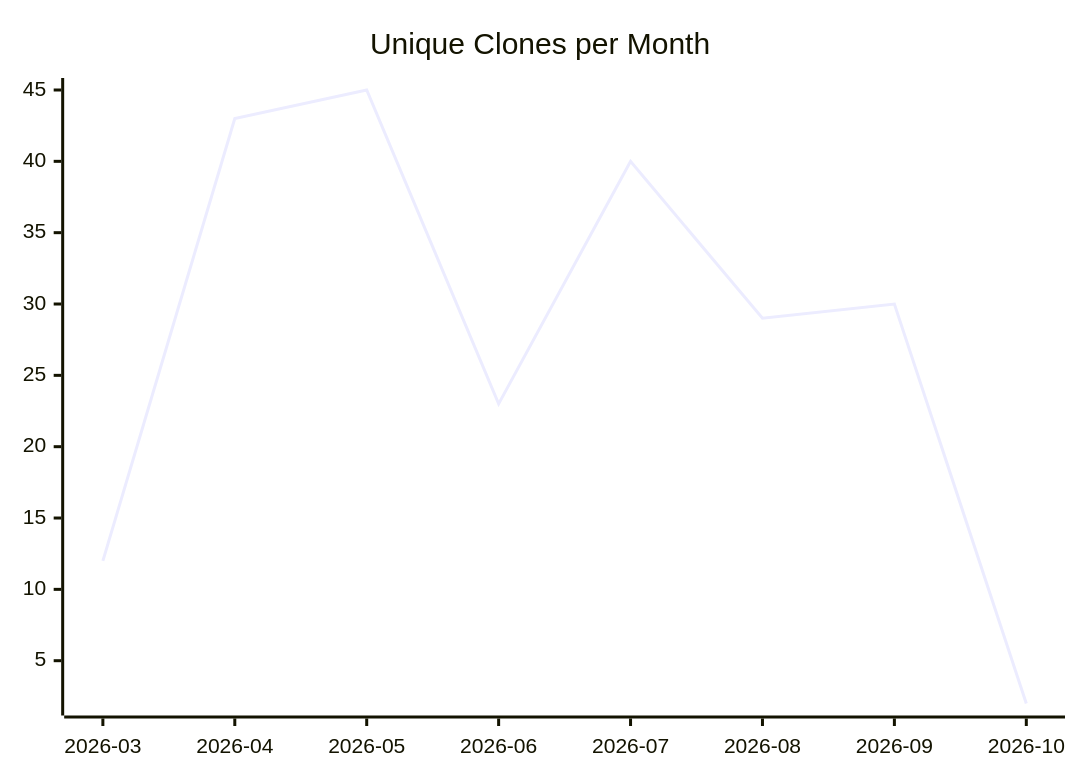
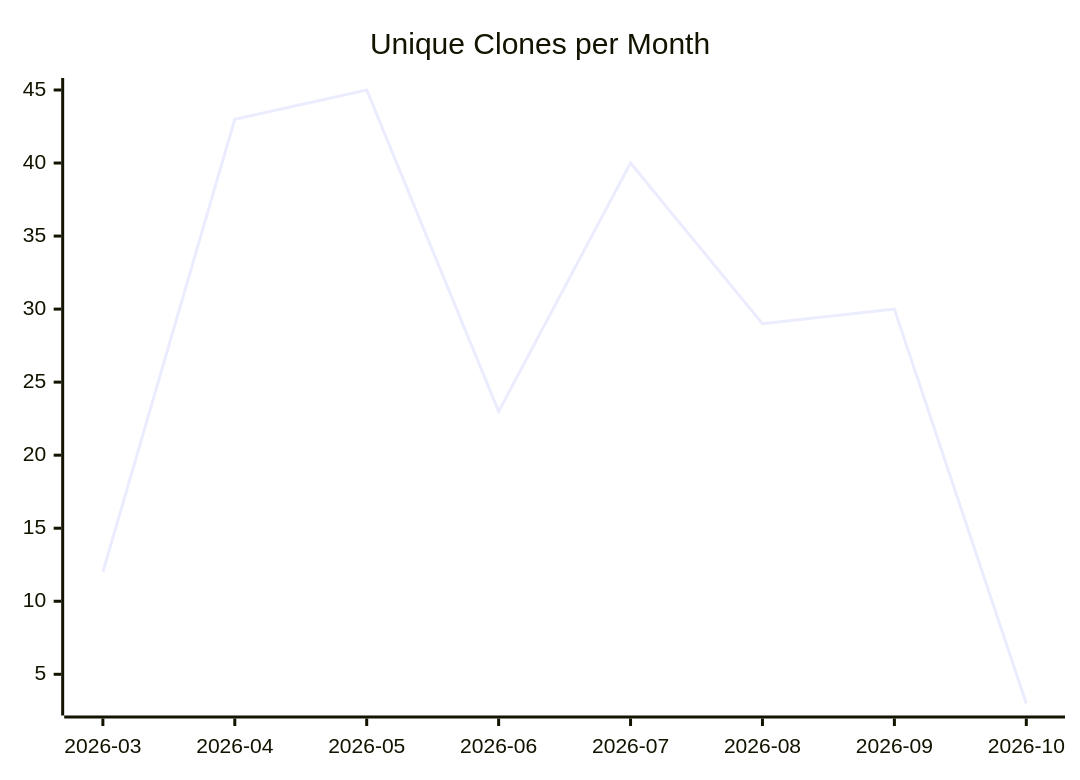
One commit to justdavis-family/github-analytics-data changed the third of 3 diagrams in karlmdavis/ksoap2-android/README.md. Above: the diagram before and after it, drawn with Mermaid. The commit also changed other lines of this file and 203 other files, not shown here.

````diff
--- a/karlmdavis/ksoap2-android/README.md
+++ b/karlmdavis/ksoap2-android/README.md
@@ -19,6 +19,6 @@
 ```mermaid
 xychart-beta
   title "Unique Clones per Month"
   x-axis ["2026-03", "2026-04", "2026-05", "2026-06", "2026-07", "2026-08", "2026-09", "2026-10"]
-  line [12, 43, 45, 23, 40, 29, 30, 2]
+  line [12, 43, 45, 23, 40, 29, 30, 3]
 ```
````
